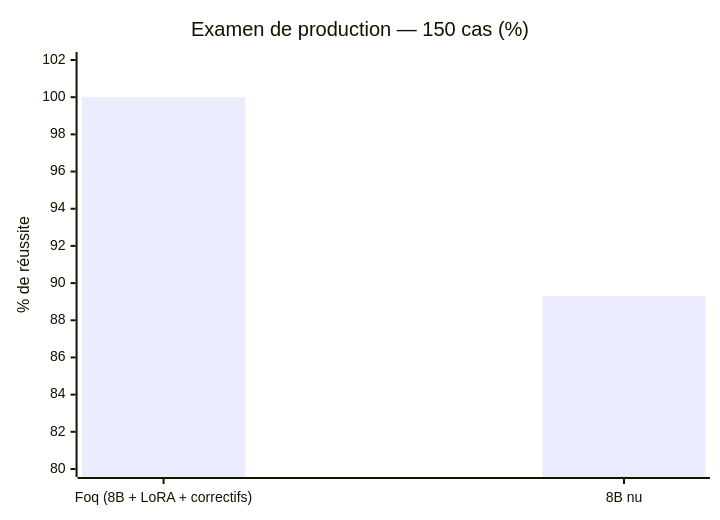
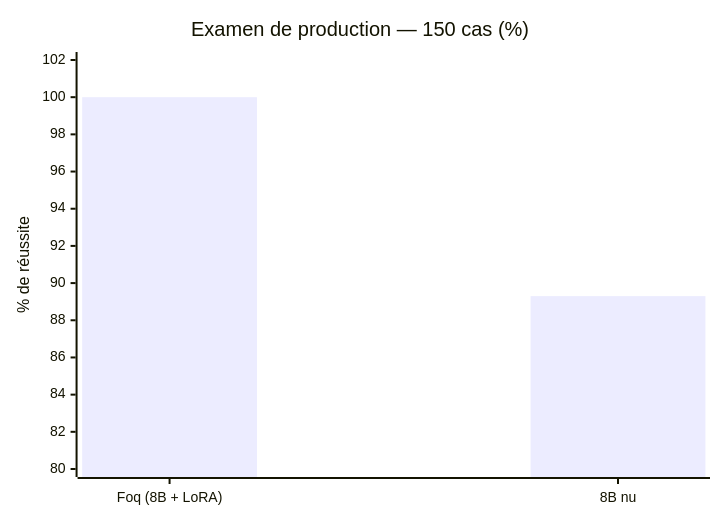
The second of 6 diagrams in BENCHMARKS.md (yohanargentina-oss/Foq), drawn with Mermaid before and after one commit. The commit also changed other lines of this file and 10 other files, not shown here.

Commit message:
feat: benchmark empirique Foq 8B vs Laya (ModernBERT), graphiques HD et assainissement 100% neural

````diff
--- a/BENCHMARKS.md
+++ b/BENCHMARKS.md
@@ -44,7 +44,7 @@
 ```mermaid
 xychart-beta
     title "Examen de production — 150 cas (%)"
-    x-axis ["Foq (8B + LoRA + correctifs)", "8B nu"]
+    x-axis ["Foq (8B + LoRA)", "8B nu"]
     y-axis "% de réussite" 80 --> 102
     bar [100, 89.3]
 ```
````
